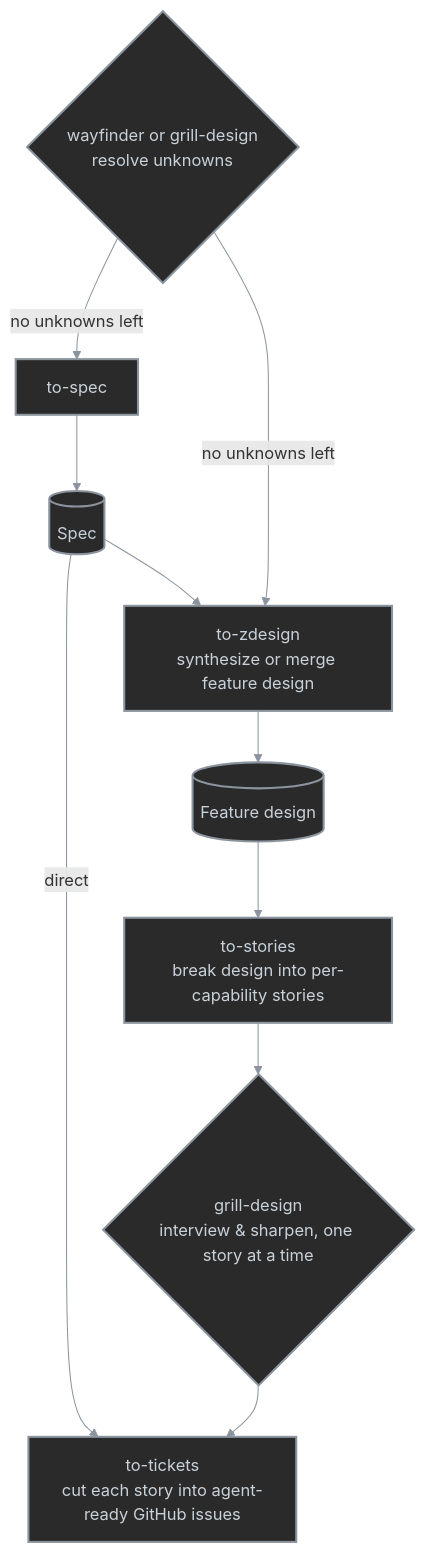
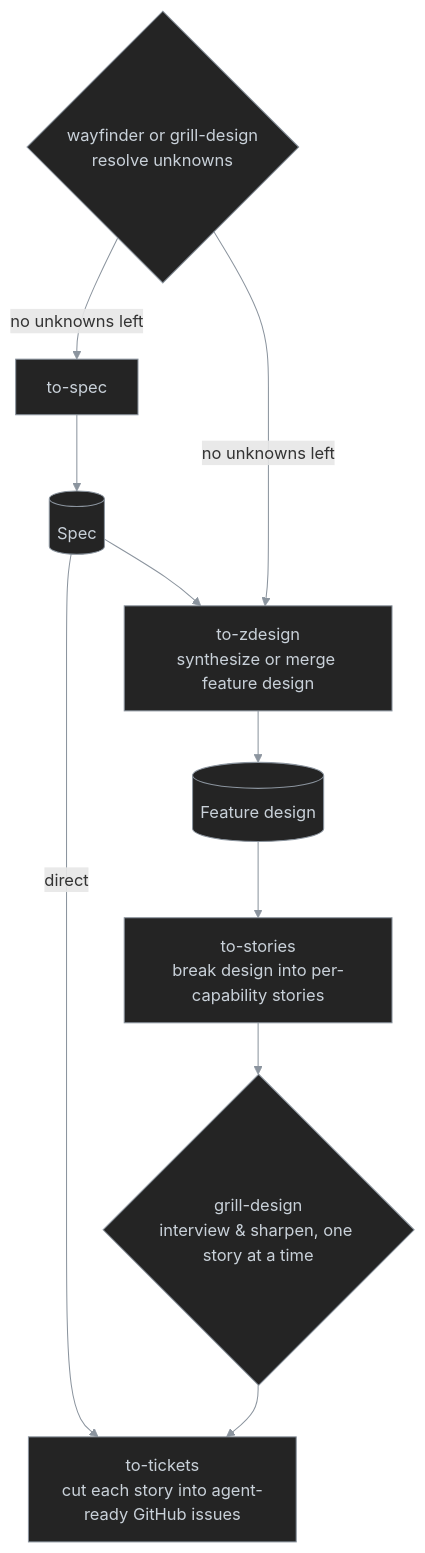
The diagram in skills/wf/README.md (antshc/brain), drawn with Mermaid before and after one commit. The commit also changed 3 other files, not shown here.

Commit message:
refactor: update color definitions for consistency in Mermaid diagrams

````diff
--- a/skills/wf/README.md
+++ b/skills/wf/README.md
@@ -14,26 +14,26 @@
 ```mermaid
 %%{init: {'themeVariables': {'lineColor': '#8b949e'}}}%%
 flowchart TD
     W{"wayfinder or grill-design<br/>resolve unknowns"}
     S["to-spec"]
     SPEC[("Spec")]
     ZD["to-zdesign<br/>synthesize or merge feature design"]
     DESIGN[("Feature design")]
     STORIES["to-stories<br/>break design into per-capability stories"]
     GRILL{"grill-design<br/>interview & sharpen, one story at a time"}
     TICKETS["to-tickets<br/>cut each story into agent-ready GitHub issues"]
 
     W -- no unknowns left --> S
     S --> SPEC
     SPEC -- direct --> TICKETS
 
     W -- no unknowns left --> ZD
     SPEC --> ZD
     ZD --> DESIGN
 
     DESIGN --> STORIES
     STORIES --> GRILL
     GRILL --> TICKETS
 
-    classDef default fill:#2a2a2a,stroke:#8b949e,color:#c9d1d9,stroke-width:2px
+    classDef default fill:#242424,stroke:#8b949e,color:#c9d1d9,stroke-width:1px
 ```
````
